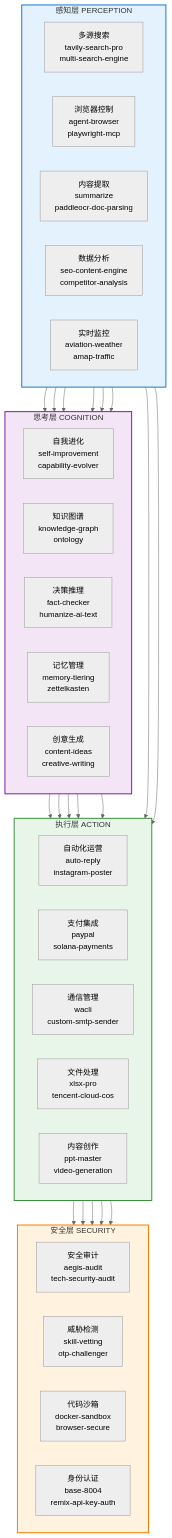
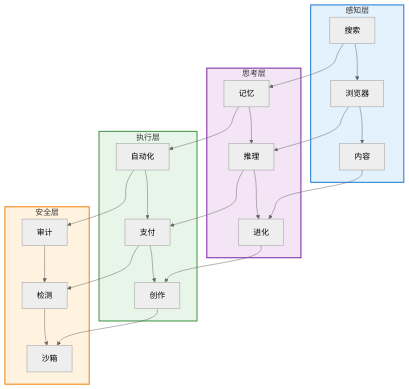
The first of 2 diagrams in README.md (weininghui/skills), drawn with Mermaid (neutral theme) before and after one commit. The commit also changed 10 other files, not shown here.

Commit message:
feat: simplify mermaid diagram to 4-layer chain structure

````diff
--- a/README.md
+++ b/README.md
@@ -69,61 +69,33 @@
 ```mermaid
 graph TB
-    subgraph PERCEPTION["感知层 PERCEPTION"]
-        direction LR
-        A1["多源搜索<br/>tavily-search-pro<br/>multi-search-engine"]
-        A2["浏览器控制<br/>agent-browser<br/>playwright-mcp"]
-        A3["内容提取<br/>summarize<br/>paddleocr-doc-parsing"]
-        A4["数据分析<br/>seo-content-engine<br/>competitor-analysis"]
-        A5["实时监控<br/>aviation-weather<br/>amap-traffic"]
+    subgraph Perception["感知层"]
+        A1["搜索"] --> A2["浏览器"] --> A3["内容"]
     end
 
-    subgraph COGNITION["思考层 COGNITION"]
-        direction LR
-        B1["自我进化<br/>self-improvement<br/>capability-evolver"]
-        B2["知识图谱<br/>knowledge-graph<br/>ontology"]
-        B3["决策推理<br/>fact-checker<br/>humanize-ai-text"]
-        B4["记忆管理<br/>memory-tiering<br/>zettelkasten"]
-        B5["创意生成<br/>content-ideas<br/>creative-writing"]
+    subgraph Cognition["思考层"]
+        B1["记忆"] --> B2["推理"] --> B3["进化"]
     end
 
-    subgraph ACTION["执行层 ACTION"]
-        direction LR
-        C1["自动化运营<br/>auto-reply<br/>instagram-poster"]
-        C2["支付集成<br/>paypal<br/>solana-payments"]
-        C3["通信管理<br/>wacli<br/>custom-smtp-sender"]
-        C4["文件处理<br/>xlsx-pro<br/>tencent-cloud-cos"]
-        C5["内容创作<br/>ppt-master<br/>video-generation"]
+    subgraph Action["执行层"]
+        C1["自动化"] --> C2["支付"] --> C3["创作"]
     end
 
-    subgraph SECURITY["安全层 SECURITY"]
-        direction LR
-        D1["安全审计<br/>aegis-audit<br/>tech-security-audit"]
-        D2["威胁检测<br/>skill-vetting<br/>otp-challenger"]
-        D3["代码沙箱<br/>docker-sandbox<br/>browser-secure"]
-        D4["身份认证<br/>base-8004<br/>remix-api-key-auth"]
+    subgraph Security["安全层"]
+        D1["审计"] --> D2["检测"] --> D3["沙箱"]
     end
 
     A1 --> B1
-    A1 --> B2
-    A2 --> B3
-    A2 --> C1
-    A3 --> B4
-    A3 --> B5
-    A4 --> B3
-    A5 --> C1
+    A2 --> B2
+    A3 --> B3
     B1 --> C1
-    B2 --> C4
-    B3 --> C2
-    B4 --> C5
-    B5 --> C5
+    B2 --> C2
+    B3 --> C3
     C1 --> D1
     C2 --> D2
     C3 --> D3
-    C4 --> D4
-    C5 --> D1
 
-    style PERCEPTION fill:#E3F2FD,stroke:#1976D2,stroke-width:2px
-    style COGNITION fill:#F3E5F5,stroke:#7B1FA2,stroke-width:2px
-    style ACTION fill:#E8F5E9,stroke:#388E3C,stroke-width:2px
-    style SECURITY fill:#FFF3E0,stroke:#F57C00,stroke-width:2px
+    style Perception fill:#E3F2FD,stroke:#1976D2,stroke-width:2px
+    style Cognition fill:#F3E5F5,stroke:#7B1FA2,stroke-width:2px
+    style Action fill:#E8F5E9,stroke:#388E3C,stroke-width:2px
+    style Security fill:#FFF3E0,stroke:#F57C00,stroke-width:2px
 ```
````
